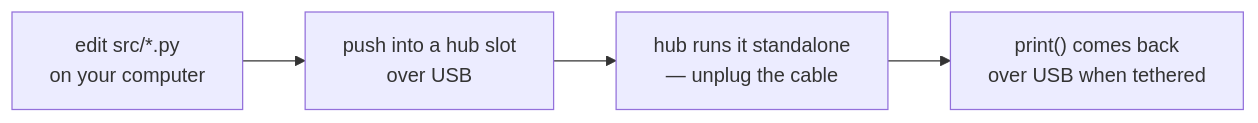
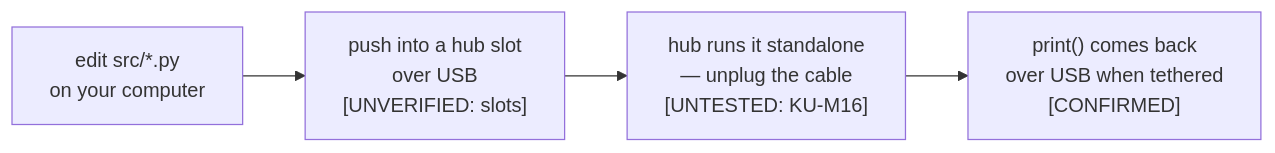
The first of 2 diagrams in docs/runbooks/upload-to-hub.md (erauredeyesociety/sys301_minesweeper), drawn with Mermaid before and after one commit. The commit also changed other lines of this file and 50 other files, not shown here.

````diff
--- a/docs/runbooks/upload-to-hub.md
+++ b/docs/runbooks/upload-to-hub.md
@@ -17,6 +45,6 @@
 ```mermaid
 flowchart LR
-    E["edit src/*.py<br/>on your computer"] --> U["push into a hub slot<br/>over USB"]
-    U --> R["hub runs it standalone<br/>— unplug the cable"]
-    R --> O["print() comes back<br/>over USB when tethered"]
+    E["edit src/*.py<br/>on your computer"] --> U["push into a hub slot<br/>over USB<br/>[UNVERIFIED: slots]"]
+    U --> R["hub runs it standalone<br/>— unplug the cable<br/>[UNTESTED: KU-M16]"]
+    R --> O["print() comes back<br/>over USB when tethered<br/>[CONFIRMED]"]
 ```
````
